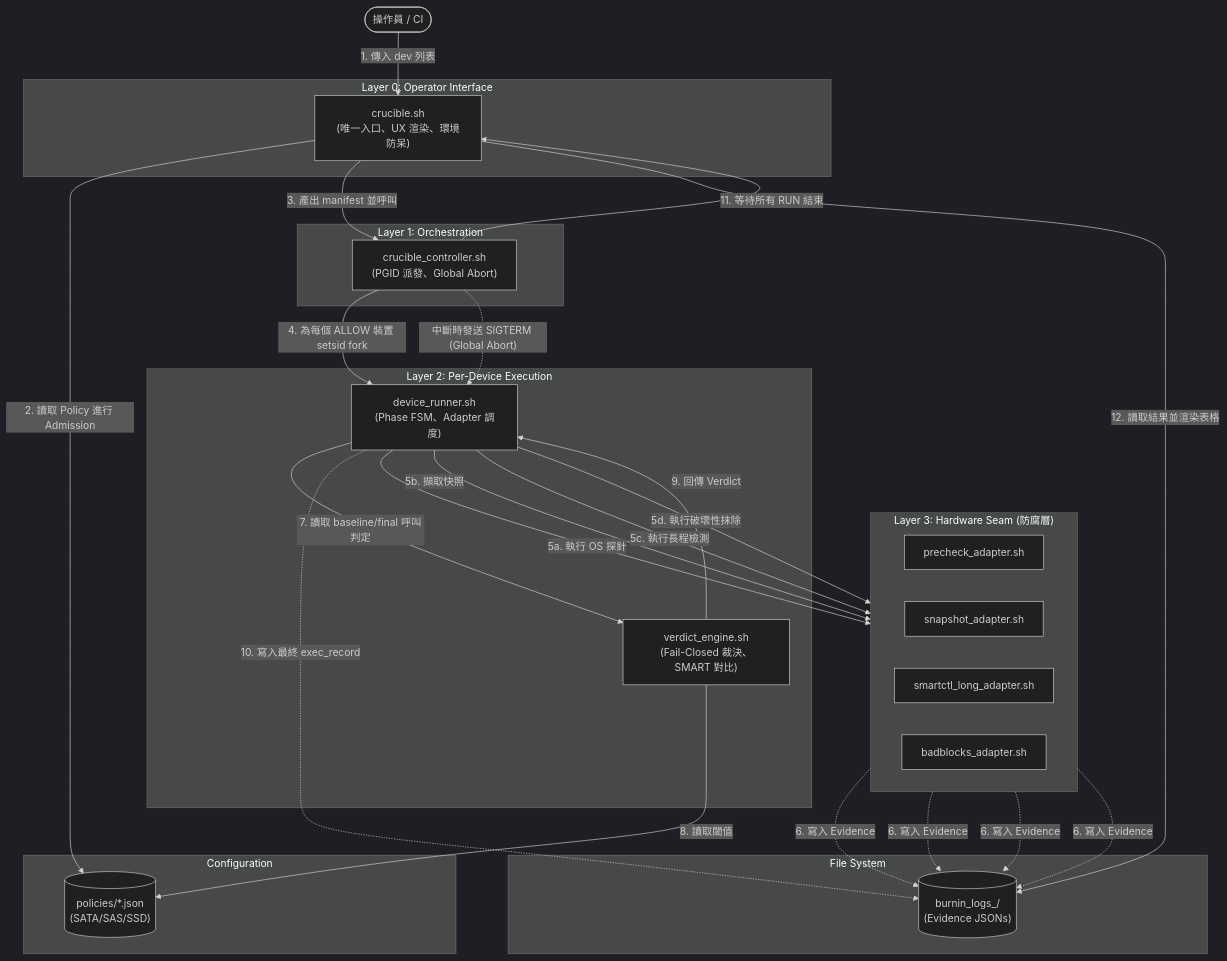
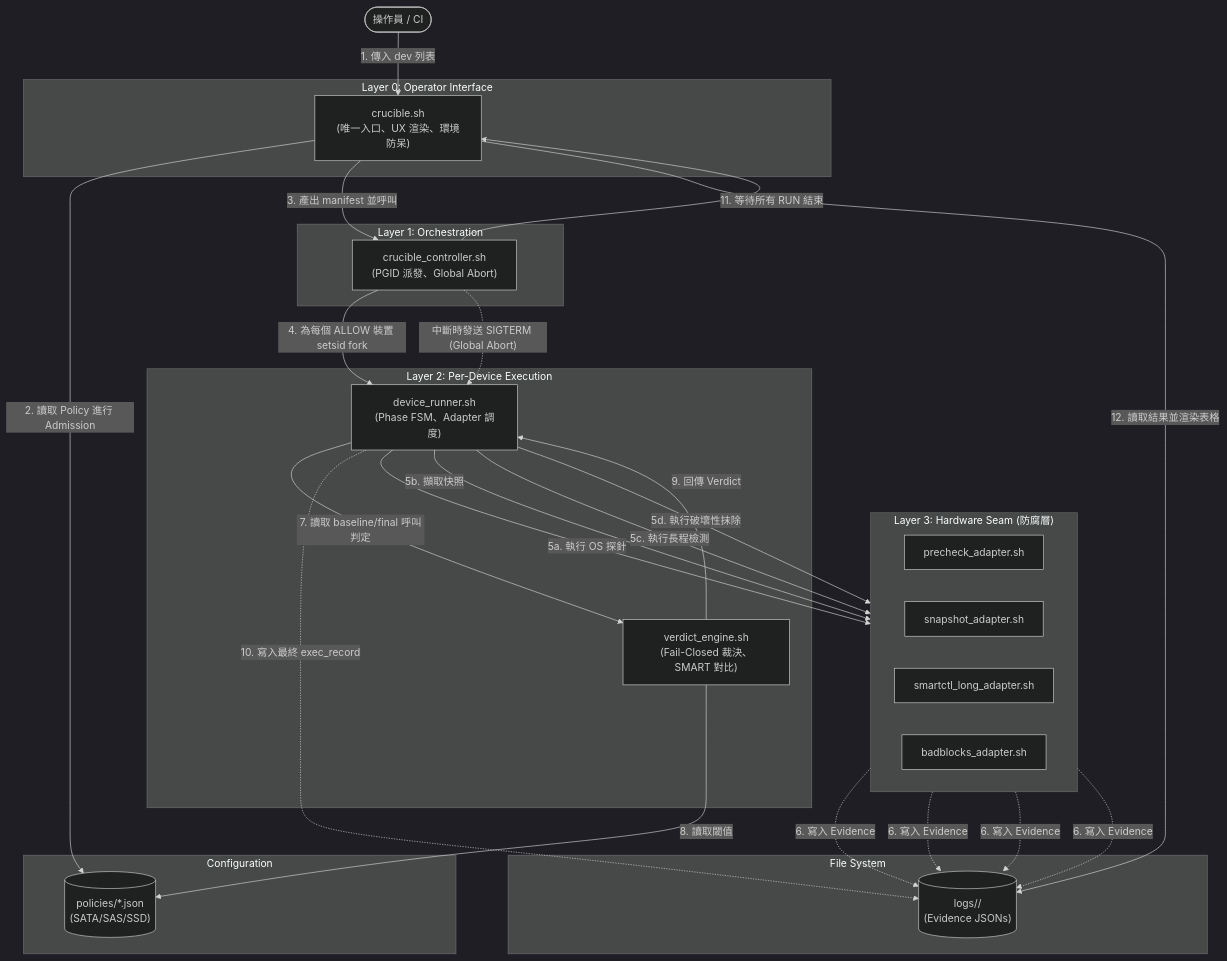
The diagram in STRUCTURE.md (iOvermind/NAS_CRUCIBLE), drawn with Mermaid (dark theme) before and after one commit. The commit also changed 6 other files, not shown here.

````diff
--- a/STRUCTURE.md
+++ b/STRUCTURE.md
@@ -7,62 +7,62 @@
 ```mermaid
 graph TD
     %% Layer 0
     subgraph "Layer 0: Operator Interface"
         CLI["crucible.sh<br/>(唯一入口、UX 渲染、環境防呆)"]
     end
 
     %% Layer 1
     subgraph "Layer 1: Orchestration"
         CTRL["crucible_controller.sh<br/>(PGID 派發、Global Abort)"]
     end
 
     %% Layer 2
     subgraph "Layer 2: Per-Device Execution"
         RUN["device_runner.sh<br/>(Phase FSM、Adapter 調度)"]
         VER["verdict_engine.sh<br/>(Fail-Closed 裁決、SMART 對比)"]
     end
 
     %% Layer 3
     subgraph "Layer 3: Hardware Seam (防腐層)"
         direction LR
         PRE["precheck_adapter.sh"]
         SNP["snapshot_adapter.sh"]
         SML["smartctl_long_adapter.sh"]
         BB["badblocks_adapter.sh"]
     end
 
     %% Config & Output
     subgraph "Configuration"
         POL[("policies/*.json<br/>(SATA/SAS/SSD)")]
     end
     
     subgraph "File System"
-        LOGS[("burnin_logs_<ts>/<br/>(Evidence JSONs)")]
+        LOGS[("logs/<ts>/<br/>(Evidence JSONs)")]
     end
 
     %% Data Flow
     User([操作員 / CI]) -->|1. 傳入 dev 列表| CLI
     CLI -->|2. 讀取 Policy 進行 Admission| POL
     CLI -->|3. 產出 manifest 並呼叫| CTRL
     
     CTRL -->|4. 為每個 ALLOW 裝置 setsid fork| RUN
     CTRL -.->|"中斷時發送 SIGTERM (Global Abort)"| RUN
     
     RUN -->|5a. 執行 OS 探針| PRE
     RUN -->|5b. 擷取快照| SNP
     RUN -->|5c. 執行長程檢測| SML
     RUN -->|5d. 執行破壞性抹除| BB
     
     PRE -.->|6. 寫入 Evidence| LOGS
     SNP -.->|6. 寫入 Evidence| LOGS
     SML -.->|6. 寫入 Evidence| LOGS
     BB -.->|6. 寫入 Evidence| LOGS
     
     RUN -->|7. 讀取 baseline/final 呼叫判定| VER
     VER -->|8. 讀取閾值| POL
     VER -->|9. 回傳 Verdict| RUN
     
     RUN -.->|10. 寫入最終 exec_record| LOGS
     CTRL -->|11. 等待所有 RUN 結束| CLI
     CLI -->|12. 讀取結果並渲染表格| LOGS
 ```
````
